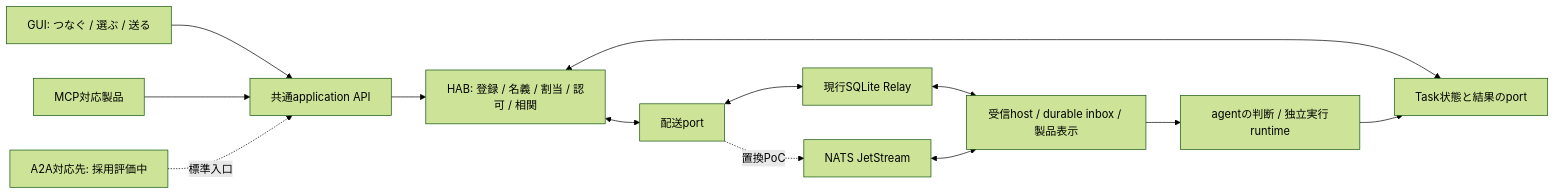
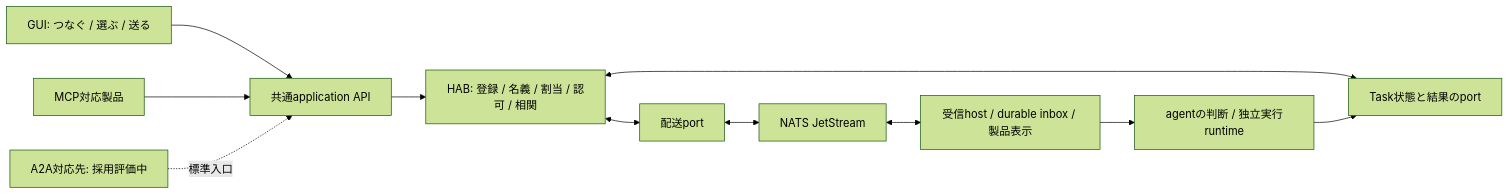
The diagram in docs/hab-product-spec.md (s-hiraoku/hiraoku-agent-base), drawn with Mermaid (forest theme) before and after one commit. The commit also changed other lines of this file and 12 other files, not shown here.

First line of the commit message:
docs: record the single-host, JetStream-only architecture as ADR-016

````diff
--- a/docs/hab-product-spec.md
+++ b/docs/hab-product-spec.md
@@ -121,15 +122,13 @@
 ```mermaid
 flowchart LR
   G[GUI: つなぐ / 選ぶ / 送る] --> A[共通application API]
   M[MCP対応製品] --> A
   X[A2A対応先: 採用評価中] -. 標準入口 .-> A
   A --> H[HAB: 登録 / 名義 / 割当 / 認可 / 相関]
   H <--> T[Task状態と結果のport]
   H <--> D[配送port]
-  D <--> S[現行SQLite Relay]
-  D -. 置換PoC .-> N[NATS JetStream]
-  S <--> I[受信host / durable inbox / 製品表示]
-  N <--> I
+  D <--> N[NATS JetStream]
+  N <--> I[受信host / durable inbox / 製品表示]
   I --> E[agentの判断 / 独立実行runtime]
   E --> T
 ```
````
